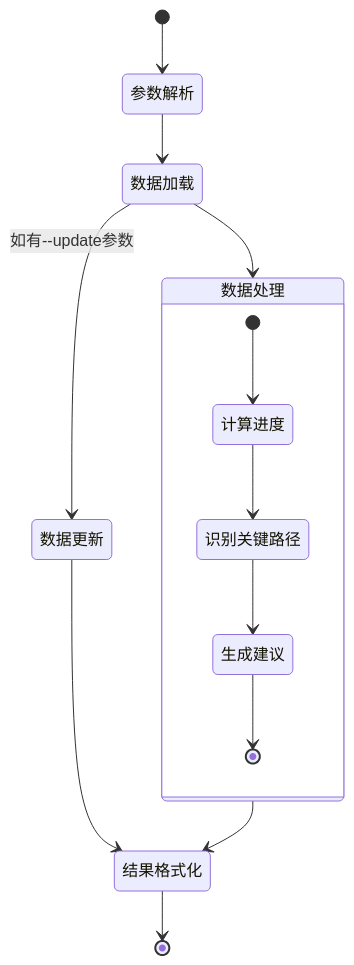
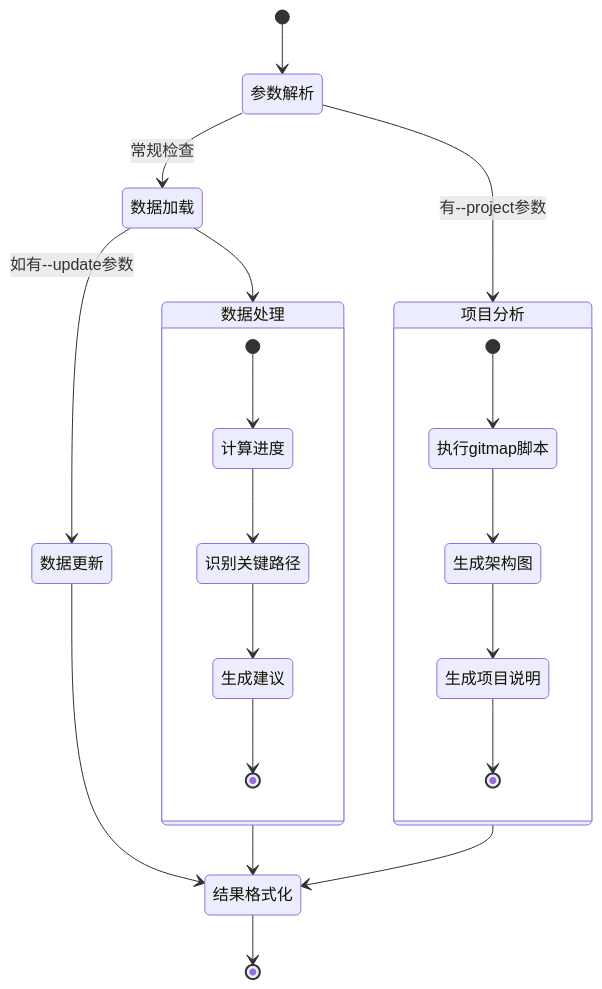
One commit to jacobcy/VibeCopilot changed the diagram in .cursor/rules/command-rules/check-command.mdc. Above: the diagram before and after it, drawn with Mermaid. The commit also changed other lines of this file and 63 other files, not shown here.

````diff
--- a/.cursor/rules/command-rules/check-command.mdc
+++ b/.cursor/rules/command-rules/check-command.mdc
@@ -82,18 +142,27 @@
 ```mermaid
 stateDiagram-v2
     [*] --> 参数解析
-    参数解析 --> 数据加载
+    参数解析 --> 数据加载: 常规检查
+    参数解析 --> 项目分析: 有--project参数
     数据加载 --> 数据处理
     数据处理 --> 结果格式化
+    项目分析 --> 结果格式化
     结果格式化 --> [*]
 
     state 数据处理 {
         [*] --> 计算进度
         计算进度 --> 识别关键路径
         识别关键路径 --> 生成建议
         生成建议 --> [*]
     }
 
+    state 项目分析 {
+        [*] --> 执行gitmap脚本
+        执行gitmap脚本 --> 生成架构图
+        生成架构图 --> 生成项目说明
+        生成项目说明 --> [*]
+    }
+
     数据加载 --> 数据更新: 如有--update参数
     数据更新 --> 结果格式化
 ```
````
